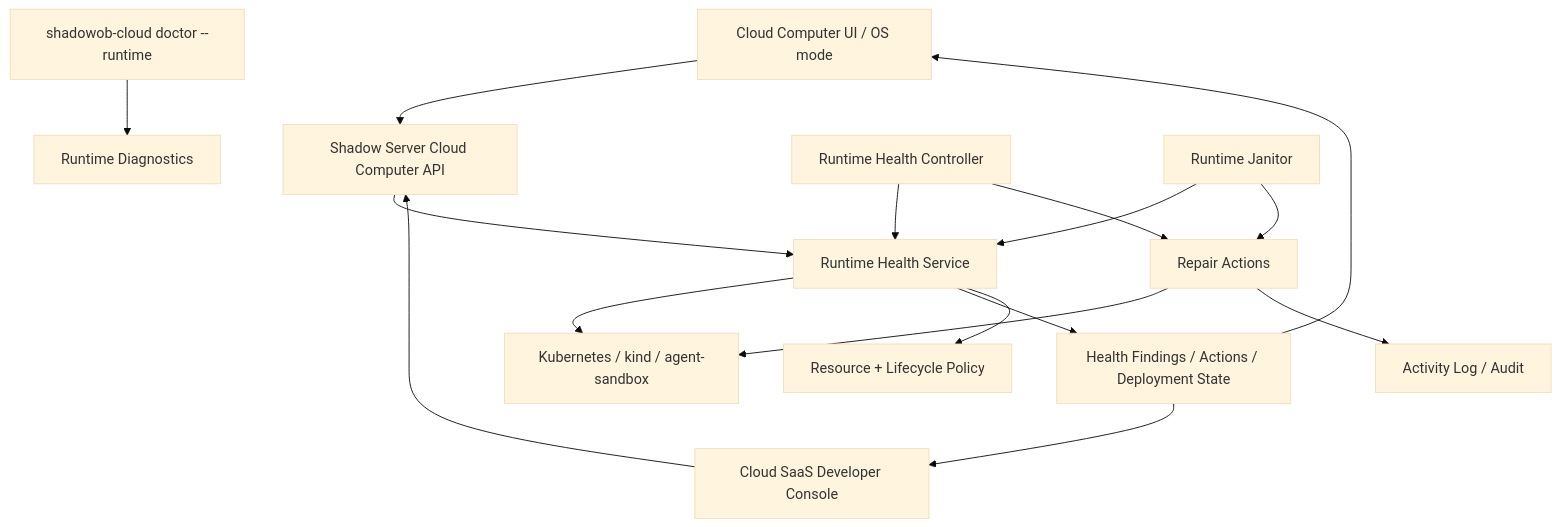
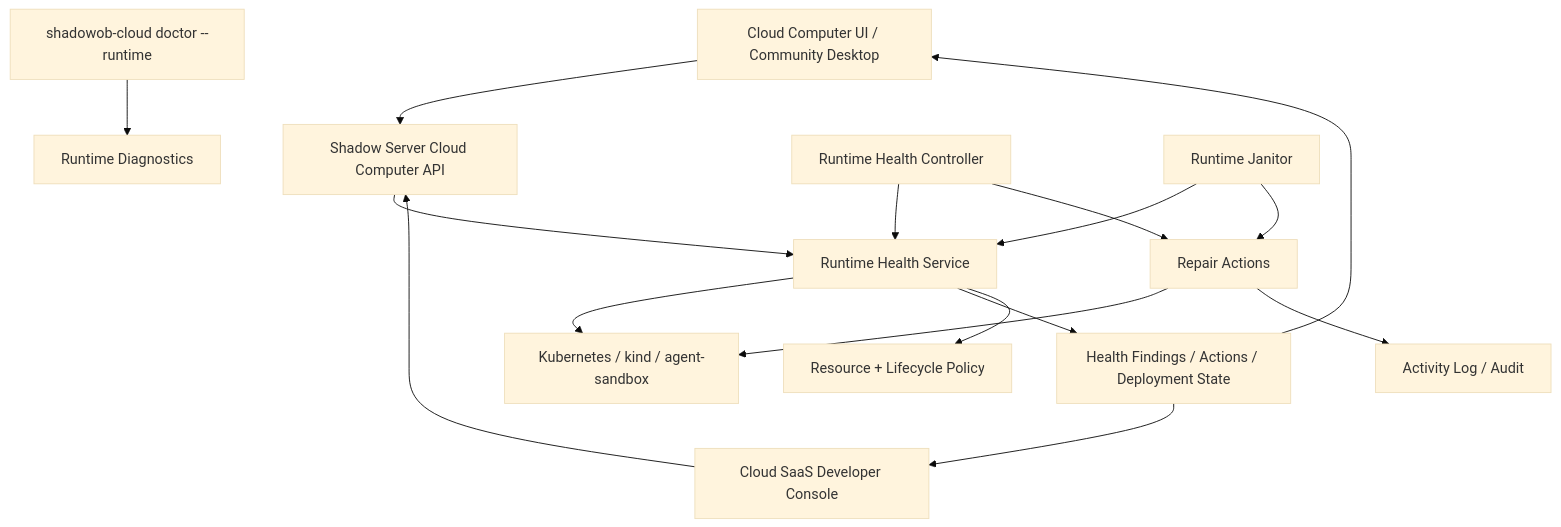
One commit to buggyblues/shadow changed the diagram in docs/development/cloud-runtime-resilience-governance-plan.zh-CN.md. Above: the diagram before and after it, drawn with Mermaid (base theme). The commit also changed other lines of this file and 670 other files, not shown here.

````diff
--- a/docs/development/cloud-runtime-resilience-governance-plan.zh-CN.md
+++ b/docs/development/cloud-runtime-resilience-governance-plan.zh-CN.md
@@ -111,21 +111,21 @@
 ```mermaid
 flowchart TD
-  UI["Cloud Computer UI / OS mode"] --> API["Shadow Server Cloud Computer API"]
+  UI["Cloud Computer UI / Community Desktop"] --> API["Shadow Server Cloud Computer API"]
   DevUI["Cloud SaaS Developer Console"] --> API
   CLI["shadowob-cloud doctor --runtime"] --> Probe["Runtime Diagnostics"]
 
   API --> Health["Runtime Health Service"]
   Worker["Runtime Health Controller"] --> Health
   Janitor["Runtime Janitor"] --> Health
 
   Health --> K8s["Kubernetes / kind / agent-sandbox"]
   Health --> DB["Health Findings / Actions / Deployment State"]
   Health --> Policy["Resource + Lifecycle Policy"]
 
   Worker --> Actions["Repair Actions"]
   Janitor --> Actions
   Actions --> K8s
   Actions --> Audit["Activity Log / Audit"]
   DB --> UI
   DB --> DevUI
 ```
````
